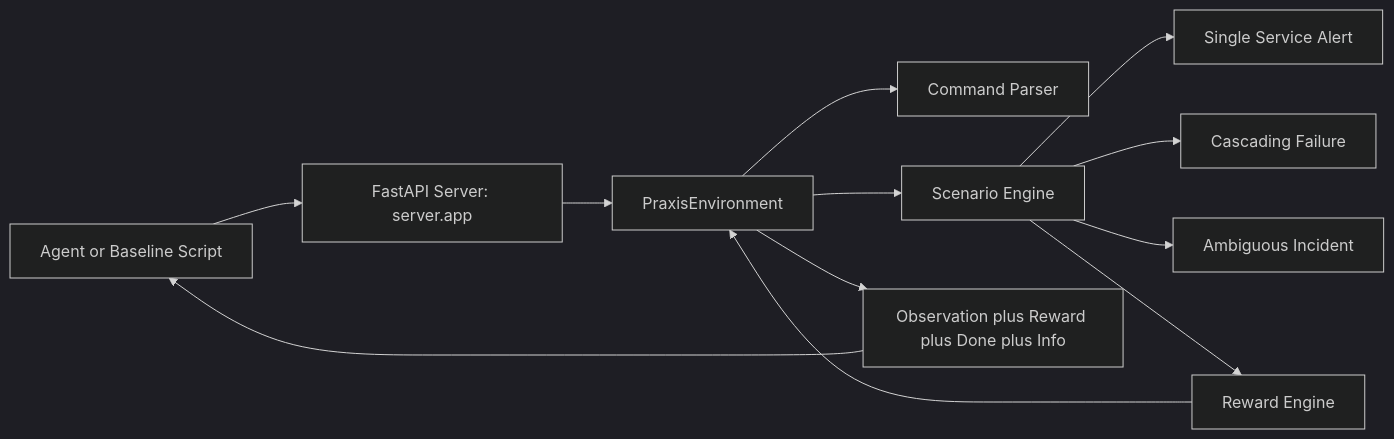
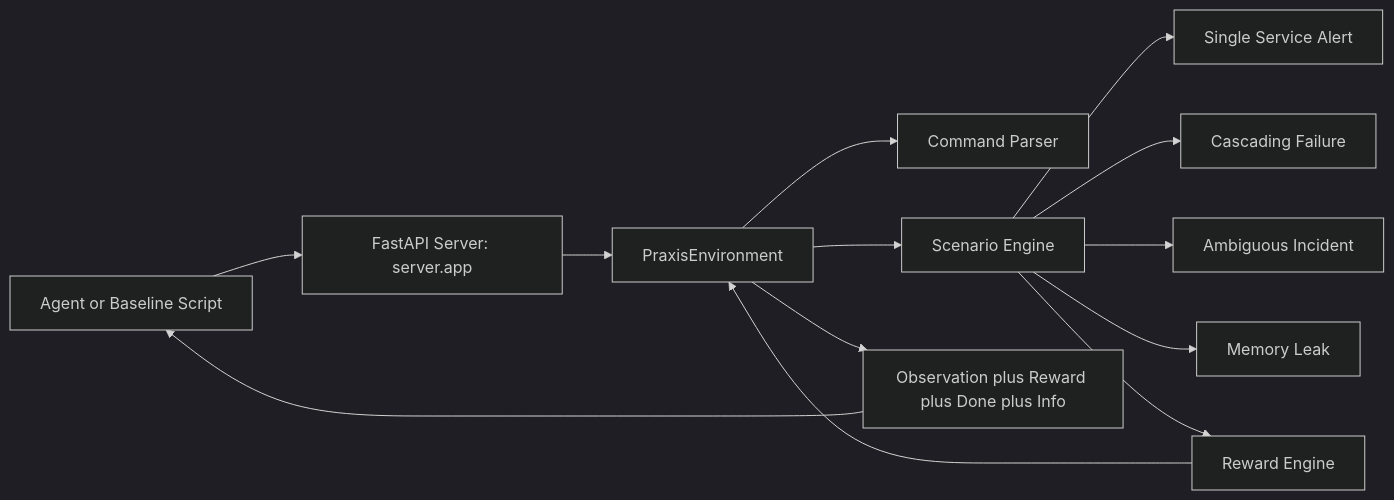
One commit to GunaPalanivel/Praxis changed the diagram in README.md. Above: the diagram before and after it, drawn with Mermaid (dark theme). The commit also changed other lines of this file and 3 other files, not shown here.

````diff
--- a/README.md
+++ b/README.md
@@ -127,14 +129,15 @@
 ```mermaid
 flowchart LR
     A[Agent or Baseline Script] --> B[FastAPI Server: server.app]
     B --> C[PraxisEnvironment]
     C --> D[Command Parser]
     C --> E[Scenario Engine]
     E --> F[Single Service Alert]
     E --> G[Cascading Failure]
     E --> H[Ambiguous Incident]
+    E --> K[Memory Leak]
     E --> I[Reward Engine]
     I --> C
     C --> J[Observation plus Reward plus Done plus Info]
     J --> A
 ```
````
